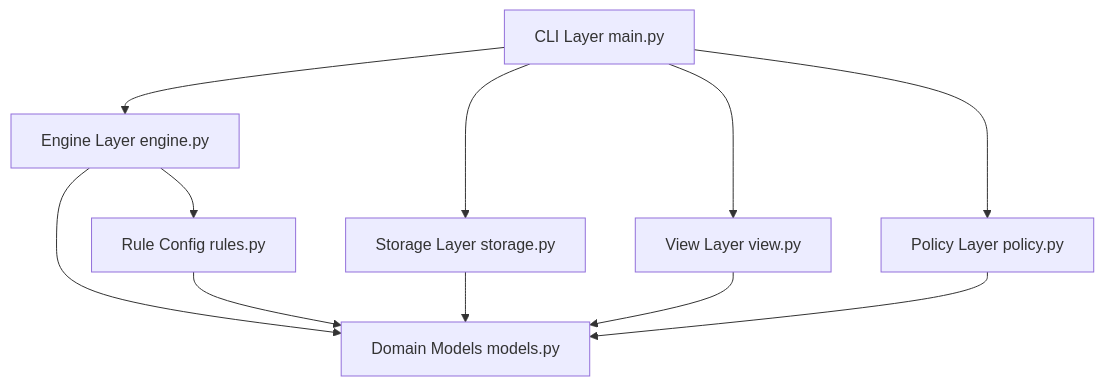
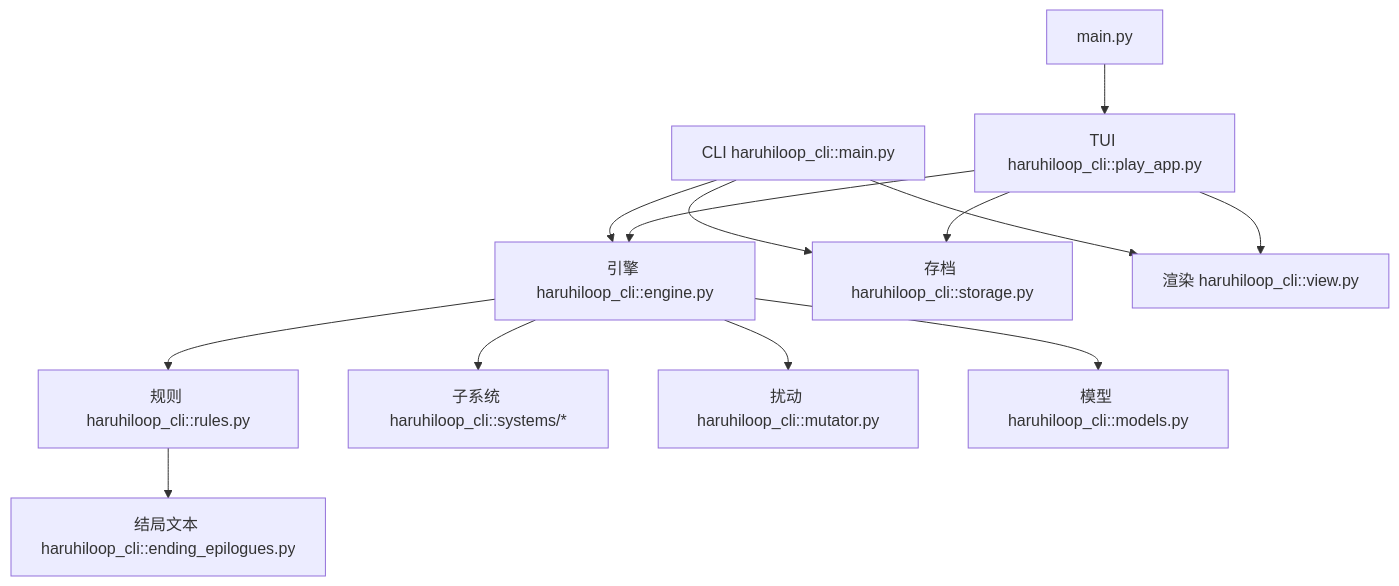
One commit to virtualguard101/haruhiloop changed the diagram in docs/arch.md. Above: the diagram before and after it, drawn with Mermaid. The commit also changed other lines of this file and 8 other files, not shown here.

````diff
--- a/docs/arch.md
+++ b/docs/arch.md
@@ -17,13 +18,15 @@
 ```mermaid
 flowchart TD
-  cliLayer[CLI Layer main.py] --> engineLayer[Engine Layer engine.py]
-  cliLayer --> storageLayer[Storage Layer storage.py]
-  cliLayer --> viewLayer[View Layer view.py]
-  cliLayer --> policyLayer[Policy Layer policy.py]
-  engineLayer --> modelsLayer[Domain Models models.py]
-  engineLayer --> rulesLayer[Rule Config rules.py]
-  storageLayer --> modelsLayer
-  viewLayer --> modelsLayer
-  policyLayer --> modelsLayer
-  rulesLayer --> modelsLayer
+  cliLayer[CLI haruhiloop_cli::main.py] --> engineLayer[引擎 haruhiloop_cli::engine.py]
+  runnerLayer[main.py] --> tuiLayer[haruhiloop_cli::play_app.py]
+  tuiLayer[TUI haruhiloop_cli::play_app.py] --> engineLayer
+  cliLayer --> storageLayer[存档 haruhiloop_cli::storage.py]
+  tuiLayer --> storageLayer
+  cliLayer --> viewLayer[渲染 haruhiloop_cli::view.py]
+  tuiLayer --> viewLayer
+  engineLayer --> rulesLayer[规则 haruhiloop_cli::rules.py]
+  engineLayer --> systemsLayer[子系统 haruhiloop_cli::systems/*]
+  engineLayer --> mutatorLayer[扰动 haruhiloop_cli::mutator.py]
+  engineLayer --> modelLayer[模型 haruhiloop_cli::models.py]
+  rulesLayer --> endingTextLayer[结局文本 haruhiloop_cli::ending_epilogues.py]
 ```
````
